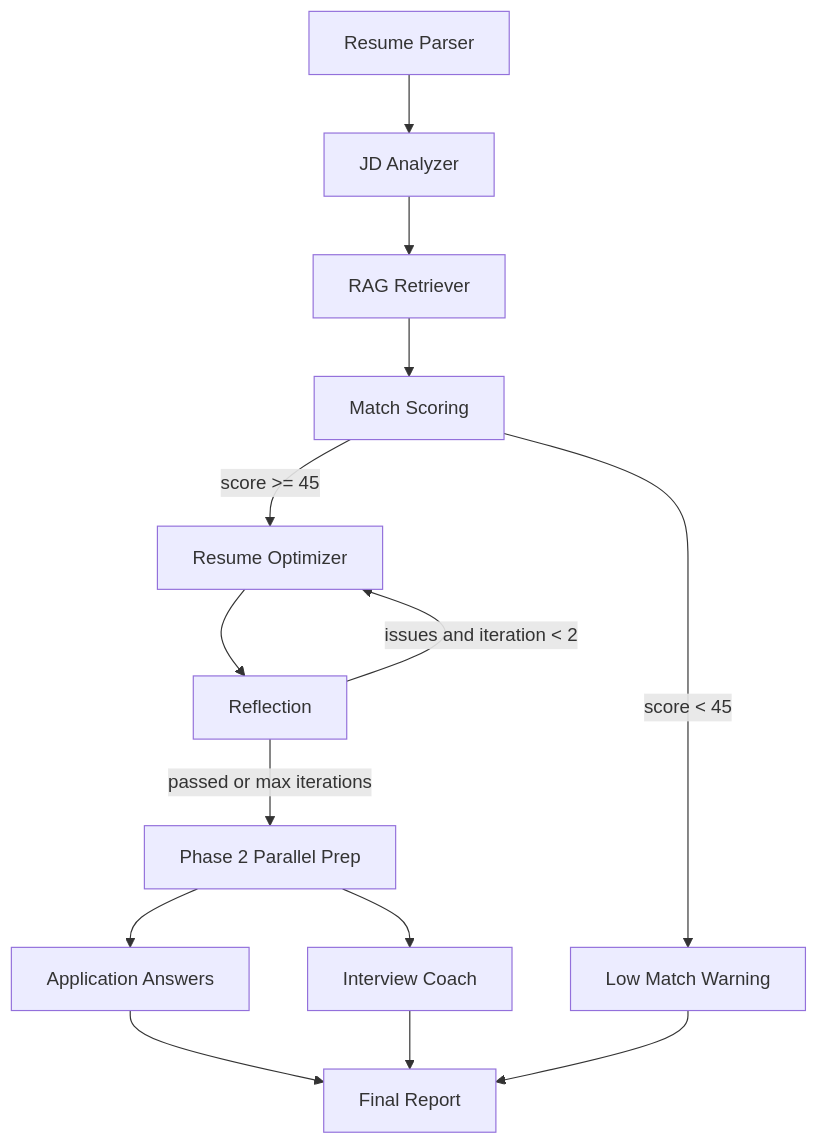
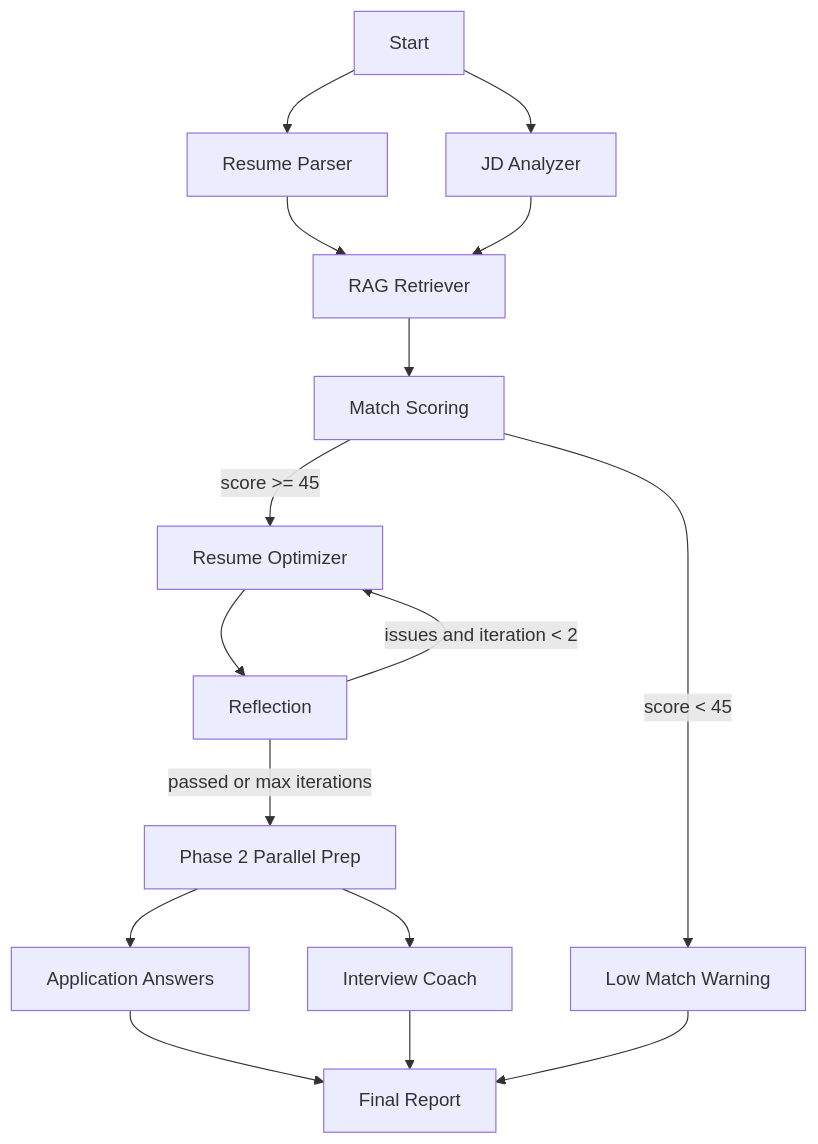
Before and after one commit to BPLYC/CareerPilot-AI: the diagram in README.md, drawn with Mermaid. The commit also changed other lines of this file and 2 other files, not shown here.

````diff
--- a/README.md
+++ b/README.md
@@ -41,16 +43,18 @@
 ```mermaid
 flowchart TD
-    A["Resume Parser"] --> B["JD Analyzer"]
-    B --> C["RAG Retriever"]
+    S["Start"] --> A["Resume Parser"]
+    S --> B["JD Analyzer"]
+    A --> C["RAG Retriever"]
+    B --> C
     C --> D["Match Scoring"]
     D -->|"score < 45"| E["Low Match Warning"]
     D -->|"score >= 45"| F["Resume Optimizer"]
     F --> G["Reflection"]
     G -->|"issues and iteration < 2"| F
     G -->|"passed or max iterations"| H["Phase 2 Parallel Prep"]
     H --> I["Application Answers"]
     H --> J["Interview Coach"]
     I --> K["Final Report"]
     J --> K
     E --> K
 ```
````
